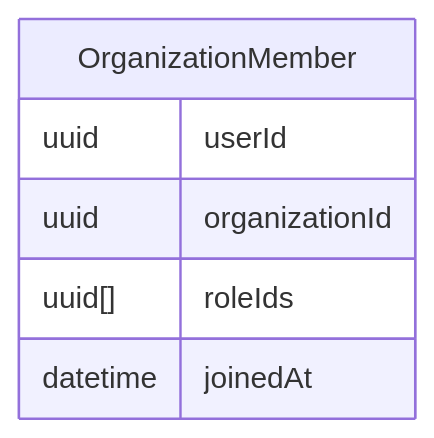
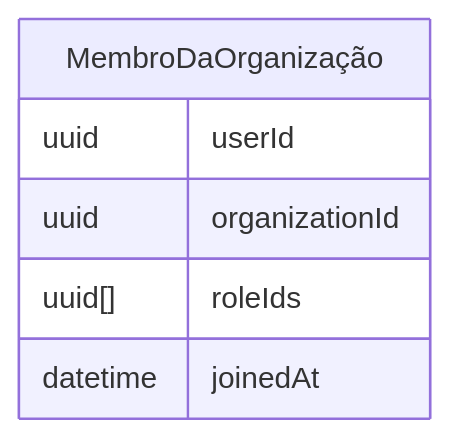
One commit to logto-io/docs changed the fifth of 7 diagrams in i18n/pt-BR/docusaurus-plugin-content-docs/current/use-cases/multi-tenancy/build-multi-tenant-saas-application.mdx. Above: the diagram before and after it, drawn with Mermaid. The commit also changed other lines of this file and 666 other files, not shown here.

````diff
--- a/i18n/pt-BR/docusaurus-plugin-content-docs/current/use-cases/multi-tenancy/build-multi-tenant-saas-application.mdx
+++ b/i18n/pt-BR/docusaurus-plugin-content-docs/current/use-cases/multi-tenancy/build-multi-tenant-saas-application.mdx
@@ -281,10 +281,10 @@
 ```mermaid
 erDiagram
-    OrganizationMember {
+    MembroDaOrganização {
         uuid userId
         uuid organizationId
         uuid[] roleIds
         datetime joinedAt
     }
 
 ```
````
